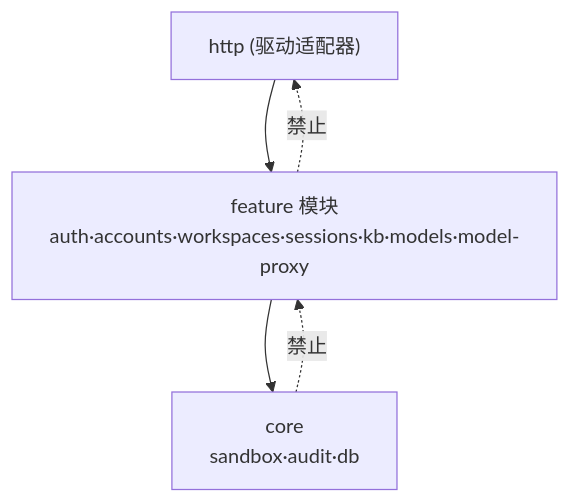
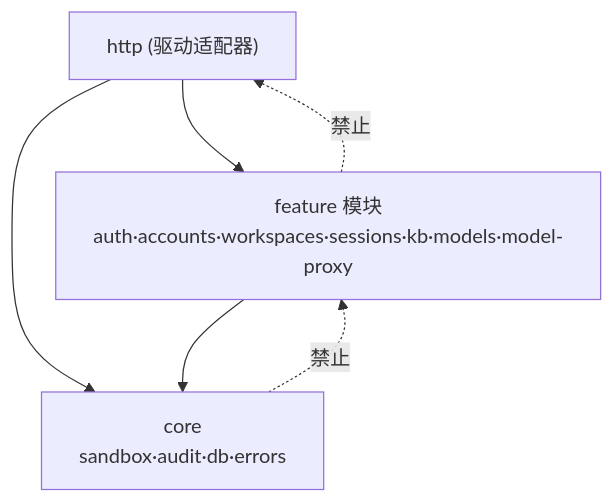
Before and after one commit to DankerMu/open-wb: the first of 2 diagrams in docs/architecture/system.md, drawn with Mermaid. The commit also changed other lines of this file and 21 other files, not shown here.

Commit message:
feat(audit): add scoped event API and relocate shared errors (#122)

````diff
--- a/docs/architecture/system.md
+++ b/docs/architecture/system.md
@@ -61,7 +62,8 @@
 ```mermaid
 flowchart TD
     H["http (驱动适配器)"] --> F["feature 模块<br/>auth·accounts·workspaces·sessions·kb·models·model-proxy"]
-    F --> C["core<br/>sandbox·audit·db"]
+    H --> C["core<br/>sandbox·audit·db·errors"]
+    F --> C["core<br/>sandbox·audit·db·errors"]
     F -.禁止.-> H
     C -.禁止.-> F
 ```
````
